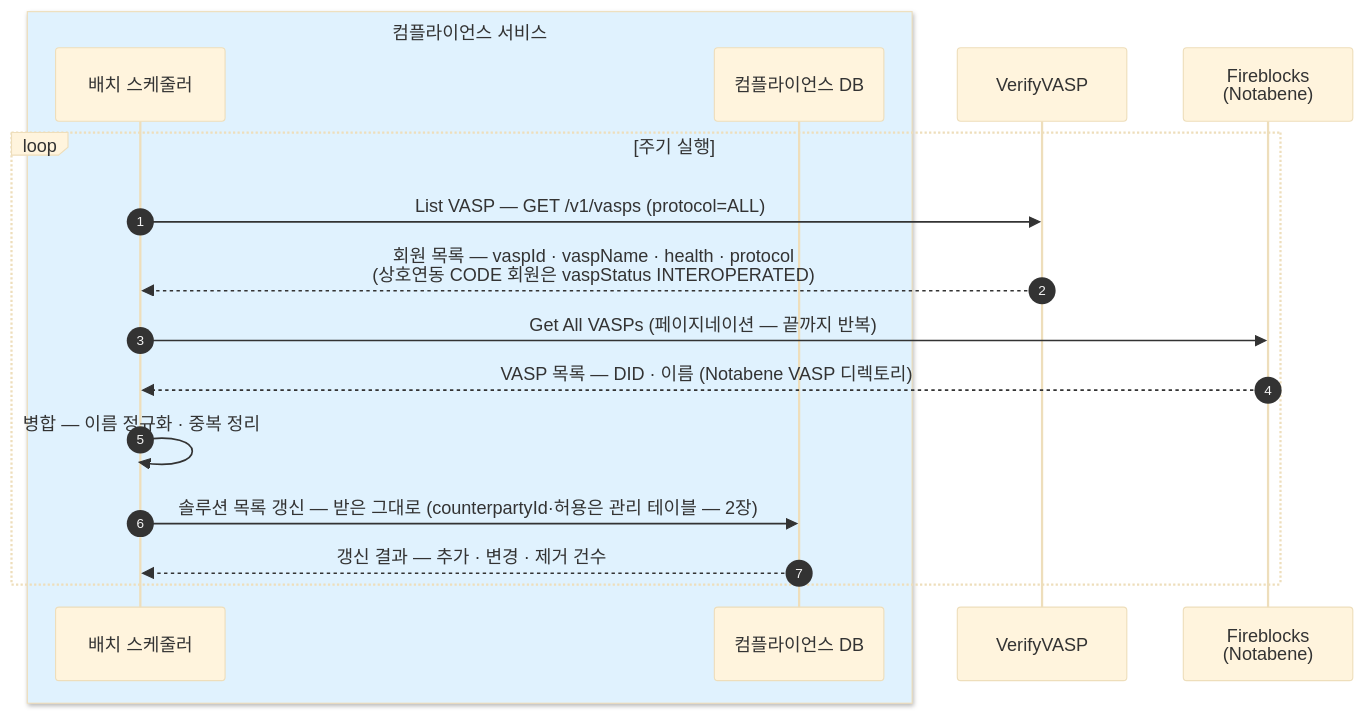
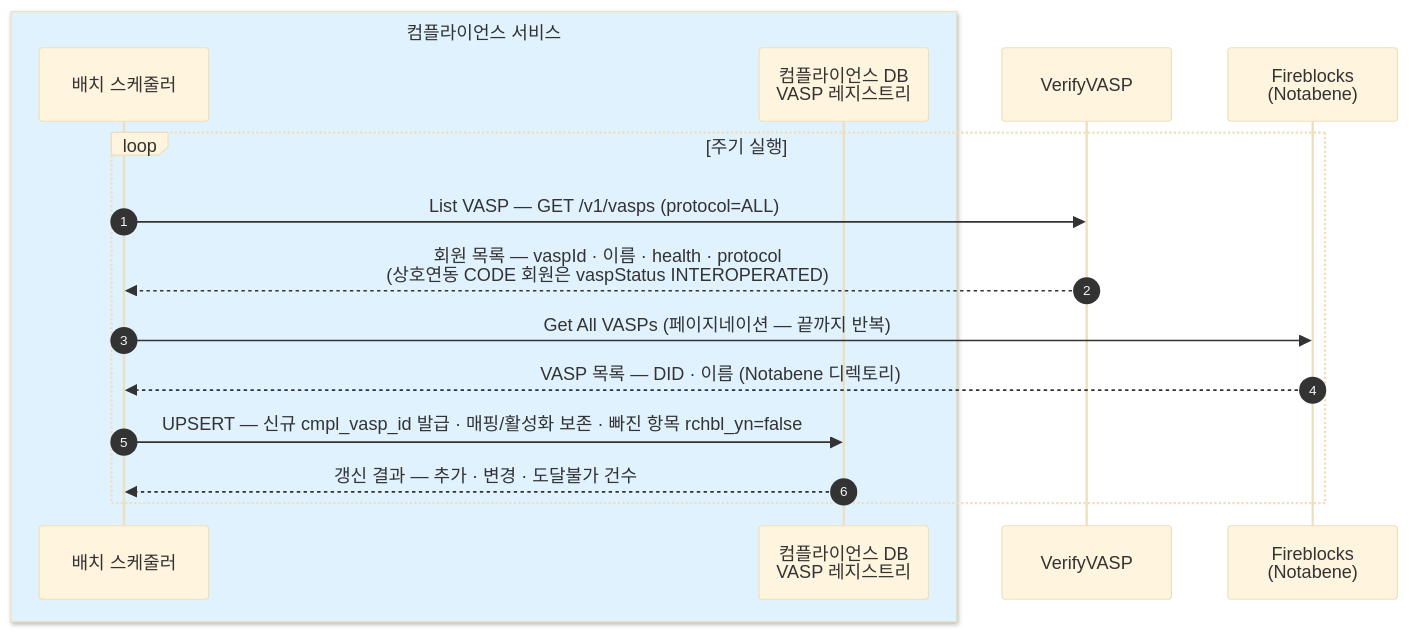
One commit to eunsujeo/eunpus changed the second of 5 diagrams in blockchain-manager/docs/컴플라이언스/설계/01-interface.md. Above: the diagram before and after it, drawn with Mermaid (base theme). The commit also changed other lines of this file and 5 other files, not shown here.

First line of the commit message:
컴플라이언스 VASP — 코어 소유·명시적 온보딩 모델로 재편

````diff
--- a/blockchain-manager/docs/컴플라이언스/설계/01-interface.md
+++ b/blockchain-manager/docs/컴플라이언스/설계/01-interface.md
@@ -115,20 +79,19 @@
 ```mermaid
 sequenceDiagram
     autonumber
     box rgb(224,242,254) 컴플라이언스 서비스
     participant SCH as 배치 스케줄러
-    participant DB as 컴플라이언스 DB
+    participant DB as 컴플라이언스 DB<br/>VASP 레지스트리
     end
     participant VV as VerifyVASP
     participant FB as Fireblocks<br/>(Notabene)
 
     loop 주기 실행
         SCH->>VV: List VASP — GET /v1/vasps (protocol=ALL)
-        VV-->>SCH: 회원 목록 — vaspId · vaspName · health · protocol<br/>(상호연동 CODE 회원은 vaspStatus INTEROPERATED)
+        VV-->>SCH: 회원 목록 — vaspId · 이름 · health · protocol<br/>(상호연동 CODE 회원은 vaspStatus INTEROPERATED)
         SCH->>FB: Get All VASPs (페이지네이션 — 끝까지 반복)
-        FB-->>SCH: VASP 목록 — DID · 이름 (Notabene VASP 디렉토리)
-        SCH->>SCH: 병합 — 이름 정규화 · 중복 정리
-        SCH->>DB: 솔루션 목록 갱신 — 받은 그대로 (counterpartyId·허용은 관리 테이블 — 2장)
-        DB-->>SCH: 갱신 결과 — 추가 · 변경 · 제거 건수
+        FB-->>SCH: VASP 목록 — DID · 이름 (Notabene 디렉토리)
+        SCH->>DB: UPSERT — 신규 cmpl_vasp_id 발급 · 매핑/활성화 보존 · 빠진 항목 rchbl_yn=false
+        DB-->>SCH: 갱신 결과 — 추가 · 변경 · 도달불가 건수
     end
 ```
````
